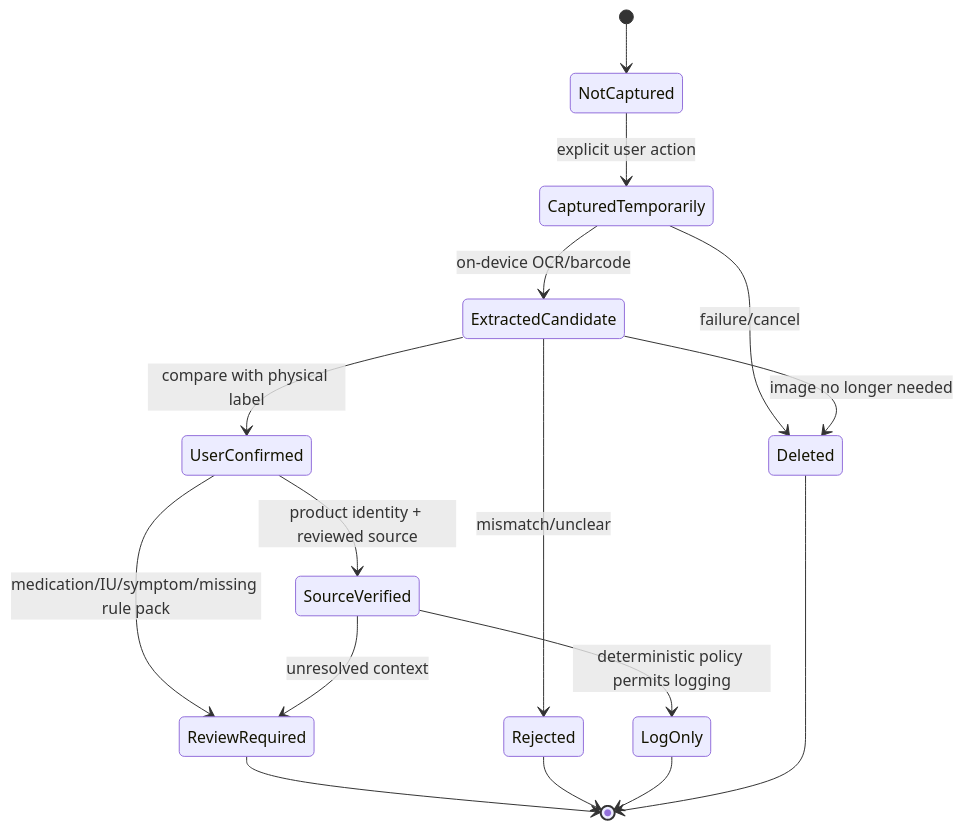
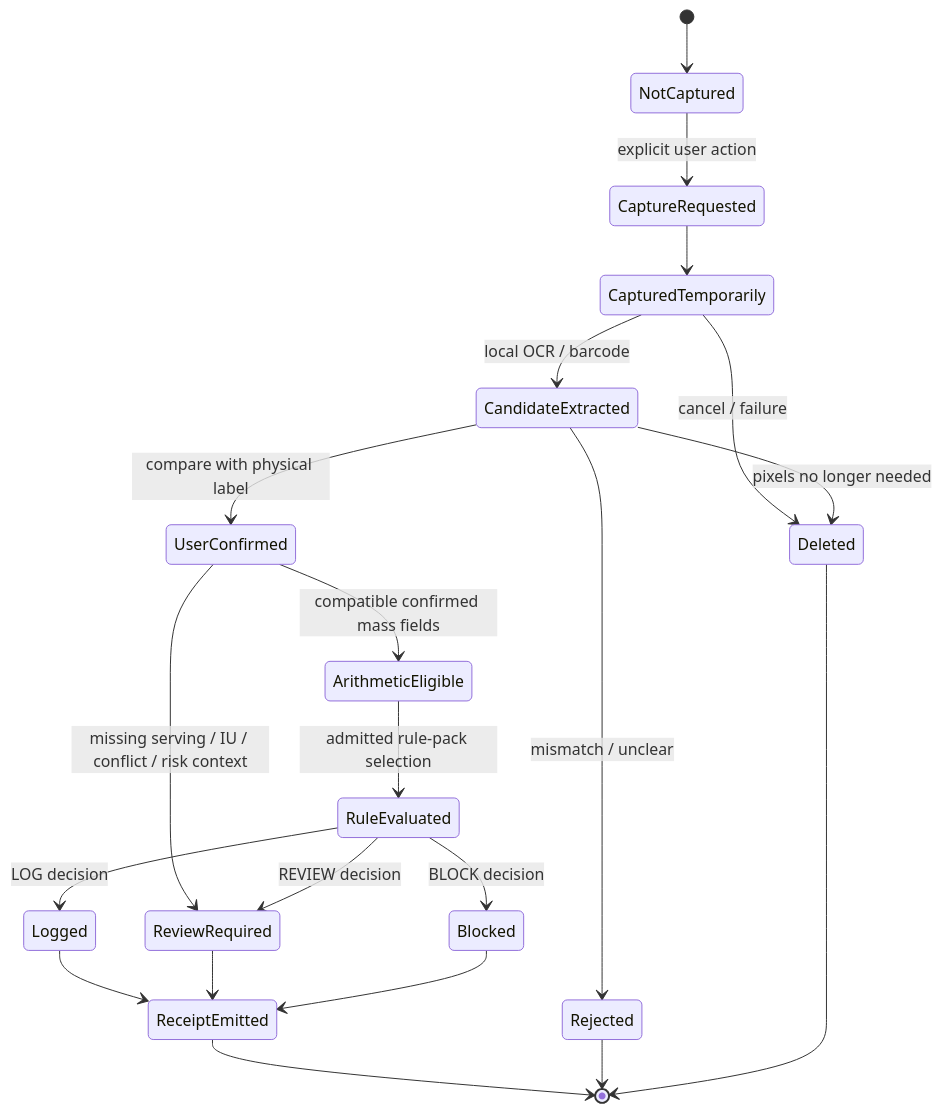
One commit to ed3c/gym-come-true changed the second of 8 diagrams in docs/architecture.md. Above: the diagram before and after it, drawn with Mermaid. The commit also changed other lines of this file and 12 other files, not shown here.

Commit message:
docs(agent): map state machines and stacked delivery graph

````diff
--- a/docs/architecture.md
+++ b/docs/architecture.md
@@ -97,18 +165,23 @@
 ```mermaid
 stateDiagram-v2
     [*] --> NotCaptured
-    NotCaptured --> CapturedTemporarily: explicit user action
-    CapturedTemporarily --> ExtractedCandidate: on-device OCR/barcode
-    CapturedTemporarily --> Deleted: failure/cancel
-    ExtractedCandidate --> Deleted: image no longer needed
-    ExtractedCandidate --> UserConfirmed: compare with physical label
-    ExtractedCandidate --> Rejected: mismatch/unclear
-    UserConfirmed --> SourceVerified: product identity + reviewed source
-    UserConfirmed --> ReviewRequired: medication/IU/symptom/missing rule pack
-    SourceVerified --> LogOnly: deterministic policy permits logging
-    SourceVerified --> ReviewRequired: unresolved context
-    ReviewRequired --> [*]
+    NotCaptured --> CaptureRequested: explicit user action
+    CaptureRequested --> CapturedTemporarily
+    CapturedTemporarily --> CandidateExtracted: local OCR / barcode
+    CapturedTemporarily --> Deleted: cancel / failure
+    CandidateExtracted --> Deleted: pixels no longer needed
+    CandidateExtracted --> UserConfirmed: compare with physical label
+    CandidateExtracted --> Rejected: mismatch / unclear
+    UserConfirmed --> ArithmeticEligible: compatible confirmed mass fields
+    UserConfirmed --> ReviewRequired: missing serving / IU / conflict / risk context
+    ArithmeticEligible --> RuleEvaluated: admitted rule-pack selection
+    RuleEvaluated --> Logged: LOG decision
+    RuleEvaluated --> ReviewRequired: REVIEW decision
+    RuleEvaluated --> Blocked: BLOCK decision
+    Logged --> ReceiptEmitted
+    ReviewRequired --> ReceiptEmitted
+    Blocked --> ReceiptEmitted
+    ReceiptEmitted --> [*]
     Rejected --> [*]
-    LogOnly --> [*]
     Deleted --> [*]
 ```
````
